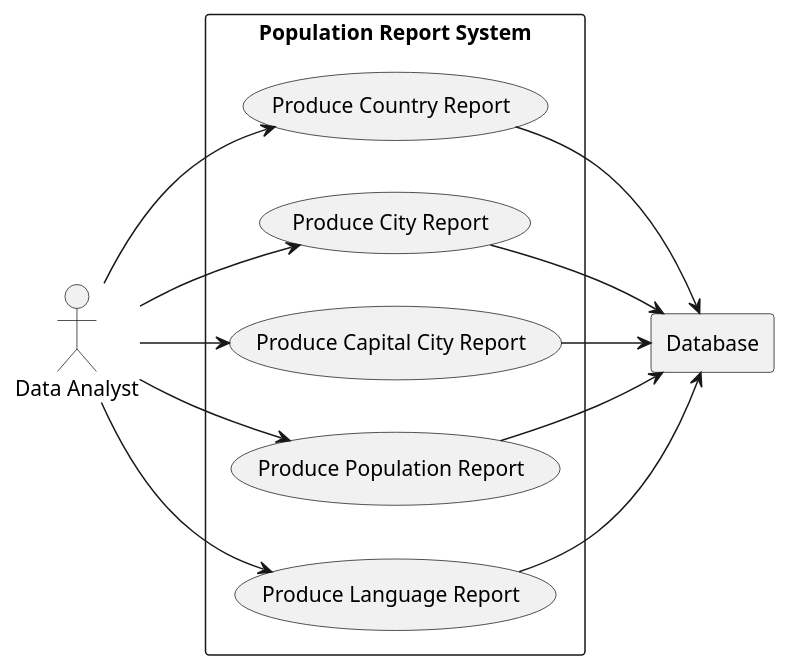
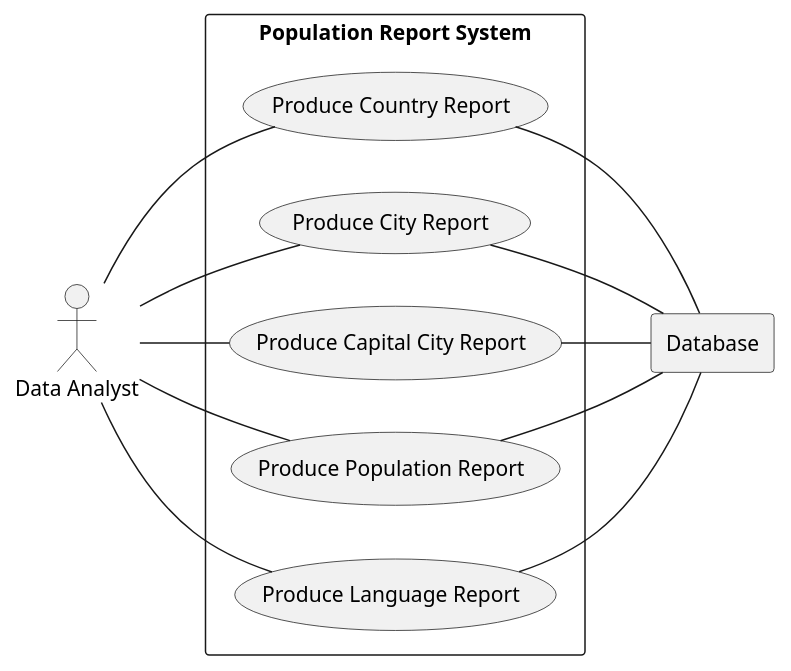
One commit to group9-devops/devops changed the diagram in use-cases/Population Report System.puml. Above: the diagram before and after it, drawn with PlantUML. The commit also changed other lines of this file and 6 other files, not shown here.

Commit message:
Added a use case description and updated the uml digram.

```diff
--- a/use-cases/Population Report System.puml
+++ b/use-cases/Population Report System.puml
@@ -1,34 +1,34 @@
 @startuml
 
 left to right direction
 
 ' Define the actor on the left
 actor DA as "Data Analyst"
 
-' Define the external system on the right (as a proper database shape)
+' Define the external system
 rectangle DB as "Database"
 
 ' Define the system and its use cases in the center
 rectangle "Population Report System" {
     usecase UC1 as "Produce Country Report"
     usecase UC2 as "Produce City Report"
     usecase UC3 as "Produce Capital City Report"
     usecase UC5 as "Produce Population Report"
     usecase UC4 as "Produce Language Report"
 }
 
 ' Connect actor to use cases
-DA --> UC1
-DA --> UC2
-DA --> UC3
-DA --> UC4
-DA --> UC5
+DA -- UC1
+DA -- UC2
+DA -- UC3
+DA -- UC4
+DA -- UC5
 
 ' Connect use cases to external database
-UC1 --> DB
-UC2 --> DB
-UC3 --> DB
-UC4 --> DB
-UC5 --> DB
+UC1 -- DB
+UC2 -- DB
+UC3 -- DB
+UC4 -- DB
+UC5 -- DB
 
 @enduml
```
